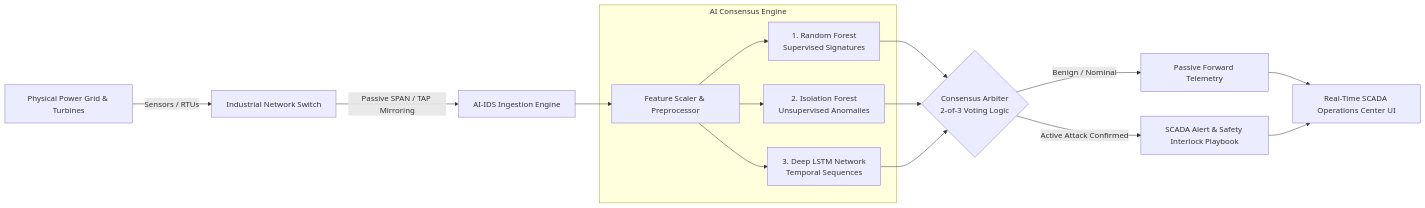
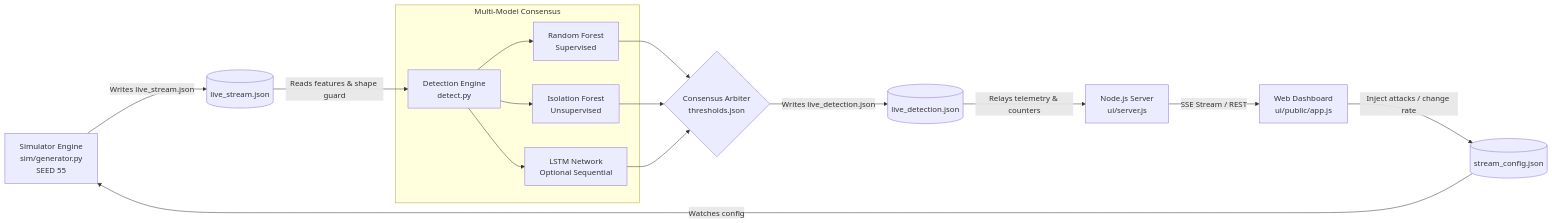
Before and after one commit to hashHimanshuYadav/AI-IDS_for_PowerPlant: the diagram in README.md, drawn with Mermaid. The commit also changed other lines of this file and 3 other files, not shown here.

Commit message:
docs(all): step 6 - align readme, notebook, and setup instructions with simulation architecture

````diff
--- a/README.md
+++ b/README.md
@@ -33,22 +46,21 @@
 ```mermaid
 flowchart LR
-    A[Physical Power Grid & Turbines] -->|Sensors / RTUs| B[Industrial Network Switch]
-    B -->|Passive SPAN / TAP Mirroring| C[AI-IDS Ingestion Engine]
-    C --> D[Feature Scaler & Preprocessor]
+    SIM[Simulator Engine<br>sim/generator.py<br>SEED 55] -->|Writes live_stream.json| BUF[(live_stream.json)]
+    BUF -->|Reads features & shape guard| DET[Detection Engine<br>detect.py]
     
-    subgraph AI Consensus Engine
-        D --> M1[1. Random Forest<br>Supervised Signatures]
-        D --> M2[2. Isolation Forest<br>Unsupervised Anomalies]
-        D --> M3[3. Deep LSTM Network<br>Temporal Sequences]
+    subgraph Multi-Model Consensus
+        DET --> RF[Random Forest<br>Supervised]
+        DET --> ISO[Isolation Forest<br>Unsupervised]
+        DET --> LSTM[LSTM Network<br>Optional Sequential]
     end
     
-    M1 --> V{Consensus Arbiter<br>2-of-3 Voting Logic}
-    M2 --> V
-    M3 --> V
+    RF --> ARB{Consensus Arbiter<br>thresholds.json}
+    ISO --> ARB
+    LSTM --> ARB
     
-    V -->|Benign / Nominal| G[Passive Forward Telemetry]
-    V -->|Active Attack Confirmed| H[SCADA Alert & Safety Interlock Playbook]
-    
-    G --> UI[Real-Time SCADA Operations Center UI]
-    H --> UI
+    ARB -->|Writes live_detection.json| DET_BUF[(live_detection.json)]
+    DET_BUF -->|Relays telemetry & counters| SRV[Node.js Server<br>ui/server.js]
+    SRV -->|SSE Stream / REST| UI[Web Dashboard<br>ui/public/app.js]
+    UI -->|Inject attacks / change rate| CFG[(stream_config.json)]
+    CFG -->|Watches config| SIM
 ```
````
